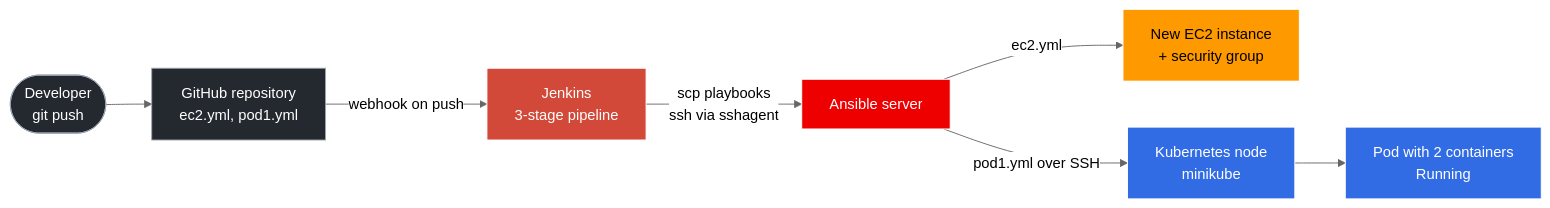
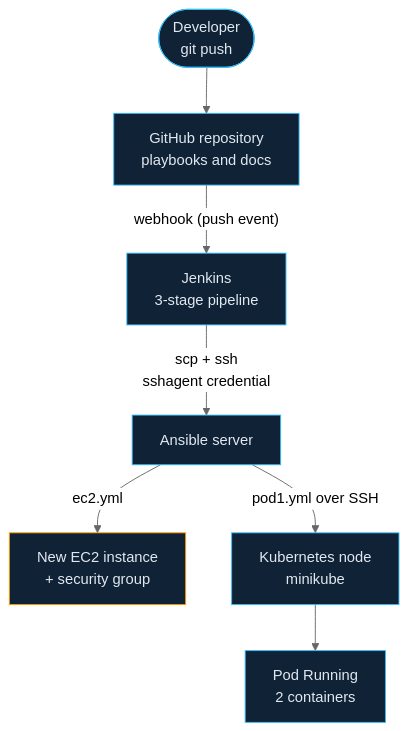
Before and after one commit to PushpenderKumar7505/PushpenderKumar7505: the first of 8 diagrams in README.md, drawn with Mermaid (neutral theme). The commit also changed other lines of this file, not shown here.

````diff
--- a/README.md
+++ b/README.md
@@ -110,20 +81,13 @@
 ```mermaid
-flowchart LR
-    DEV(["Developer<br/>git push"]) --> GH["GitHub repository<br/>ec2.yml, pod1.yml"]
-    GH -->|"webhook on push"| JEN["Jenkins<br/>3-stage pipeline"]
-    JEN -->|"scp playbooks<br/>ssh via sshagent"| ANS["Ansible server"]
+flowchart TD
+    DEV(["Developer<br/>git push"]) --> GH["GitHub repository<br/>playbooks and docs"]
+    GH -->|"webhook (push event)"| JEN["Jenkins<br/>3-stage pipeline"]
+    JEN -->|"scp + ssh<br/>sshagent credential"| ANS["Ansible server"]
     ANS -->|"ec2.yml"| EC2["New EC2 instance<br/>+ security group"]
     ANS -->|"pod1.yml over SSH"| K8S["Kubernetes node<br/>minikube"]
-    K8S --> POD["Pod with 2 containers<br/>Running"]
+    K8S --> POD["Pod Running<br/>2 containers"]
 
-    classDef src fill:#24292f,stroke:#9ca3af,color:#fff
-    classDef ci fill:#d24939,stroke:#fff,color:#fff
-    classDef cm fill:#ee0000,stroke:#fff,color:#fff
-    classDef aws fill:#ff9900,stroke:#fff,color:#000
-    classDef k8s fill:#326ce5,stroke:#fff,color:#fff
-    class DEV,GH src
-    class JEN ci
-    class ANS cm
+    classDef default fill:#0f2236,stroke:#38bdf8,color:#e2e8f0
+    classDef aws fill:#0f2236,stroke:#ff9900,color:#e2e8f0
     class EC2 aws
-    class K8S,POD k8s
 ```
````
